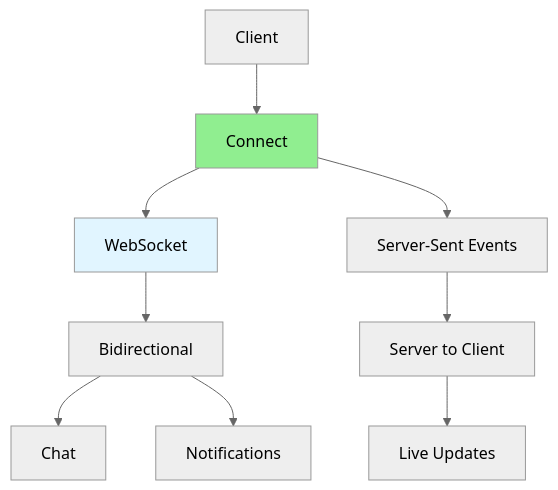
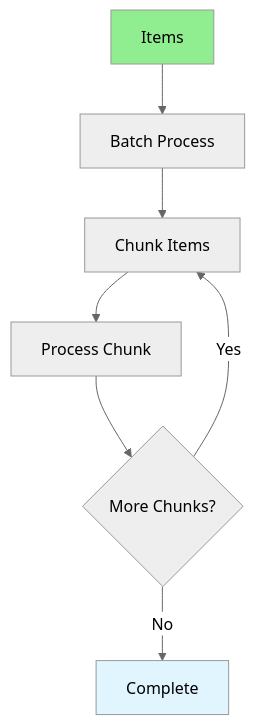
The diagram in Full-Stack-Guides/Group-09-Complex-Functions/09.04_Batch_Operations.md (iouthnamain/tech-note), drawn with Mermaid (neutral theme) before and after one commit. The commit also changed other lines of this file and 480 other files, not shown here.

````diff
--- a/Full-Stack-Guides/Group-09-Complex-Functions/09.04_Batch_Operations.md
+++ b/Full-Stack-Guides/Group-09-Complex-Functions/09.04_Batch_Operations.md
@@ -23,16 +22,12 @@
 ```mermaid
-graph TD
-    Client[Client] --> Connect[Connect]
-    Connect --> WebSocket[WebSocket]
-    Connect --> SSE[Server-Sent Events]
+flowchart TD
+    Items[Items] --> Batch[Batch Process]
+    Batch --> Chunk[Chunk Items]
+    Chunk --> Process[Process Chunk]
+    Process --> Next{More Chunks?}
+    Next -->|Yes| Chunk
+    Next -->|No| Complete[Complete]
     
-    WebSocket --> Bidirectional[Bidirectional]
-    SSE --> Unidirectional[Server to Client]
-    
-    Bidirectional --> Chat[Chat]
-    Bidirectional --> Notifications[Notifications]
-    Unidirectional --> Live[Live Updates]
-    
-    style Connect fill:#90EE90
-    style WebSocket fill:#e1f5ff
+    style Items fill:#90EE90
+    style Complete fill:#e1f5ff
 ```
````
